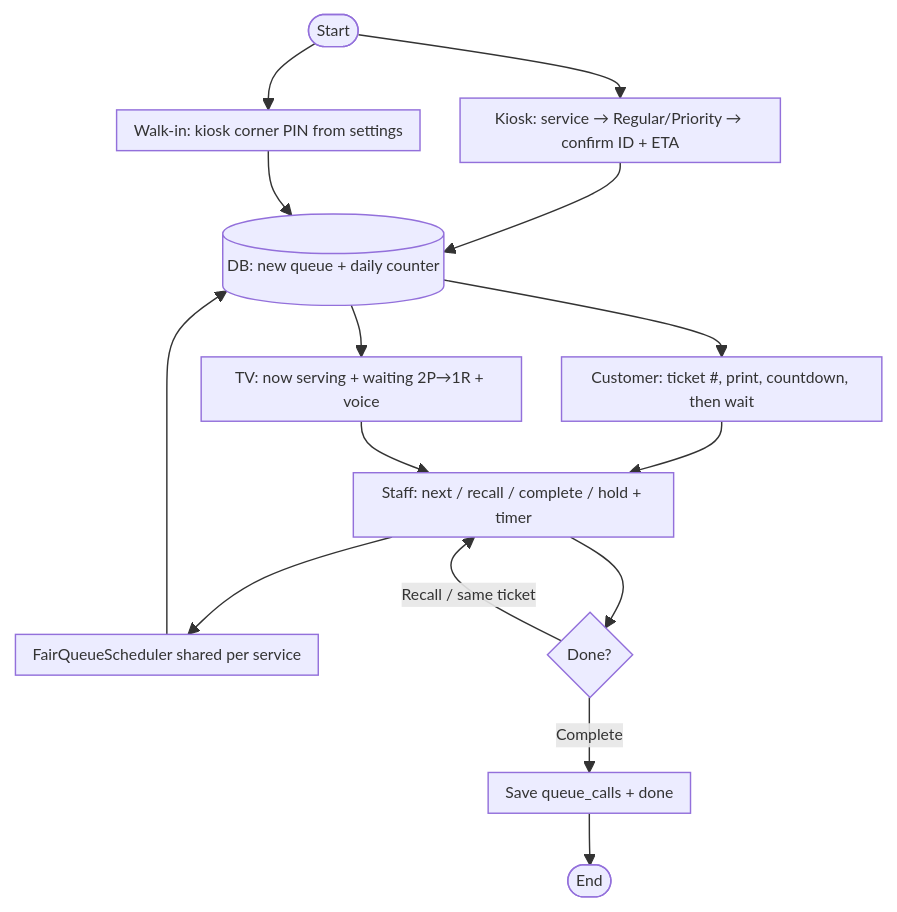
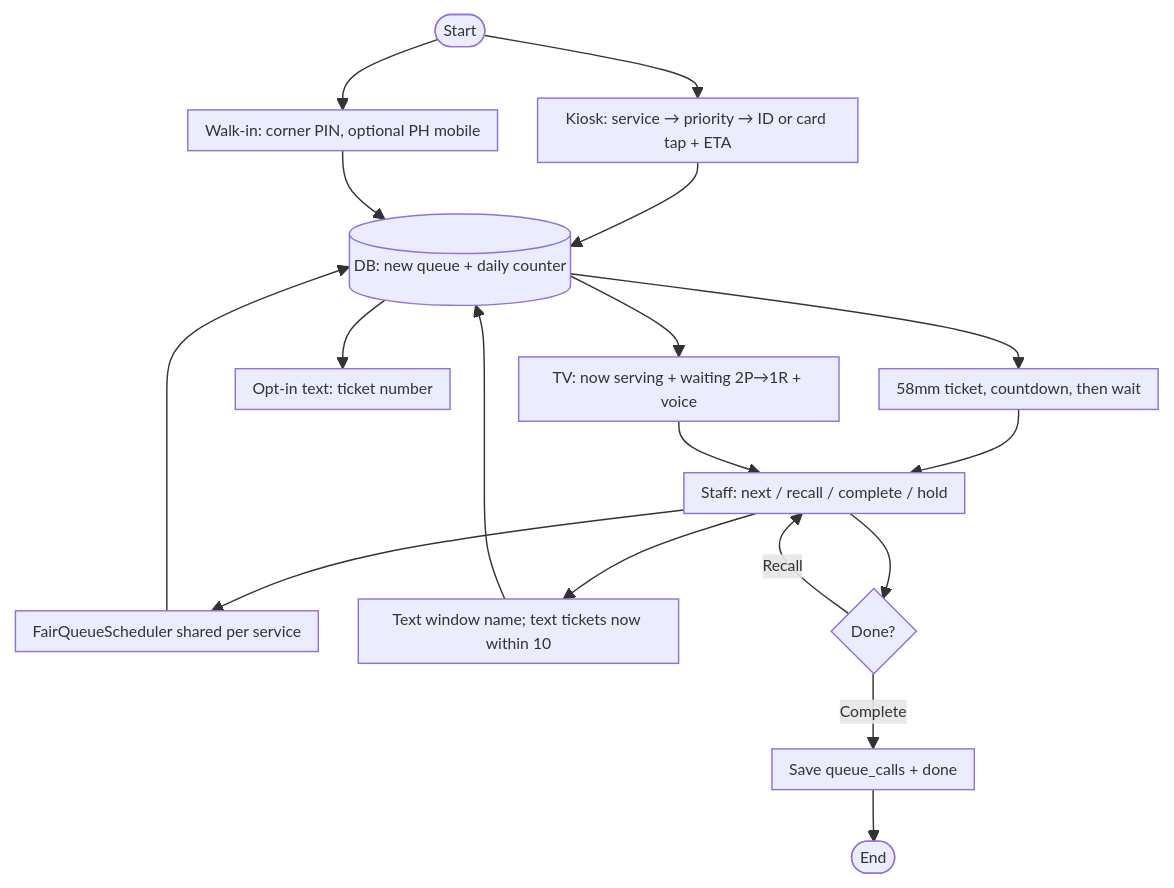
One commit to rhems95/queuing-system changed the first of 12 diagrams in docs/system-flowchart.md. Above: the diagram before and after it, drawn with Mermaid. The commit also changed other lines of this file and 76 other files, not shown here.

Commit message:
Add RFID tap, paper alerts, and opt-in GSM SMS so the kiosk can notify students without blocking the queue.

````diff
--- a/docs/system-flowchart.md
+++ b/docs/system-flowchart.md
@@ -34,18 +34,21 @@
 ```mermaid
 %%{init: {'flowchart': {'nodeSpacing': 28, 'rankSpacing': 36, 'padding': 6, 'useMaxWidth': true}, 'themeVariables': { 'fontSize': '11px'}}}%%
 flowchart TD
-    St([Start]) --> K["Kiosk: service → Regular/Priority → confirm ID + ETA"]
-    St --> W["Walk-in: kiosk corner PIN from settings"]
+    St([Start]) --> K["Kiosk: service → priority → ID or card tap + ETA"]
+    St --> W["Walk-in: corner PIN, optional PH mobile"]
     K --> DB[("DB: new queue + daily counter")]
     W --> DB
-    DB --> PA["Customer: ticket #, print, countdown, then wait"]
+    DB --> PA["58mm ticket, countdown, then wait"]
+    DB --> SMS["Opt-in text: ticket number"]
     DB --> PB["TV: now serving + waiting 2P→1R + voice"]
-    PA --> SW["Staff: next / recall / complete / hold + timer"]
+    PA --> SW["Staff: next / recall / complete / hold"]
     PB --> SW
     SW --> Fair["FairQueueScheduler shared per service"]
     Fair --> DB
+    SW --> Note["Text window name; text tickets now within 10"]
+    Note --> DB
     SW --> Q{Done?}
-    Q -->|Recall / same ticket| SW
+    Q -->|Recall| SW
     Q -->|Complete| H["Save queue_calls + done"]
     H --> En([End])
 ```
````
